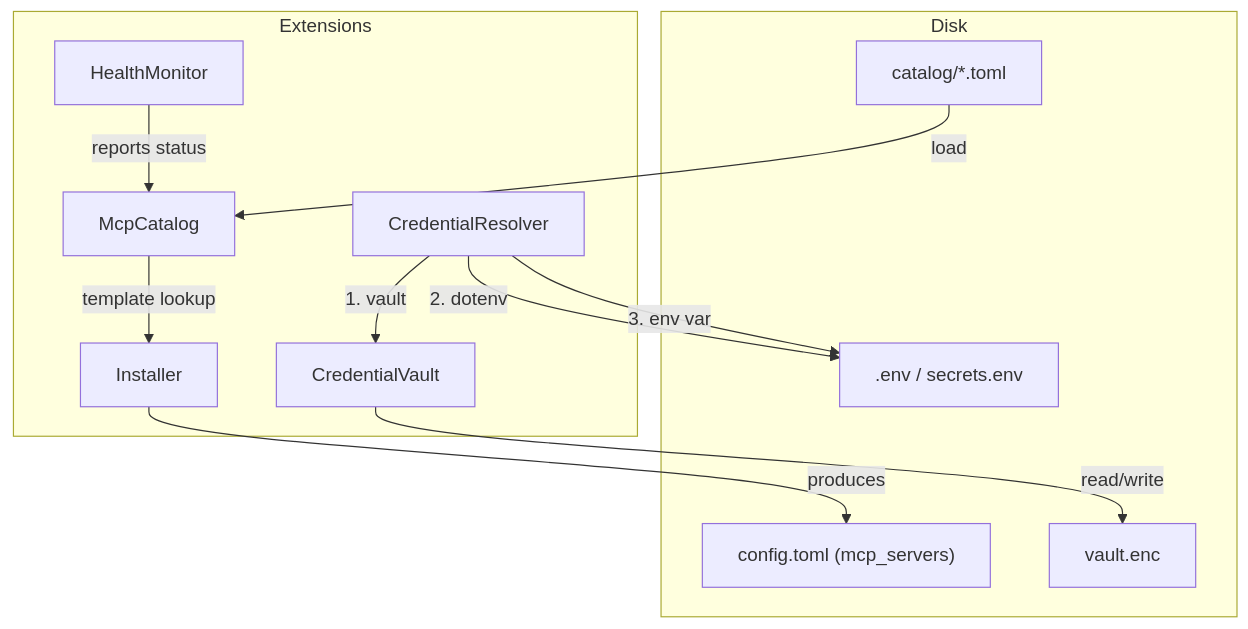
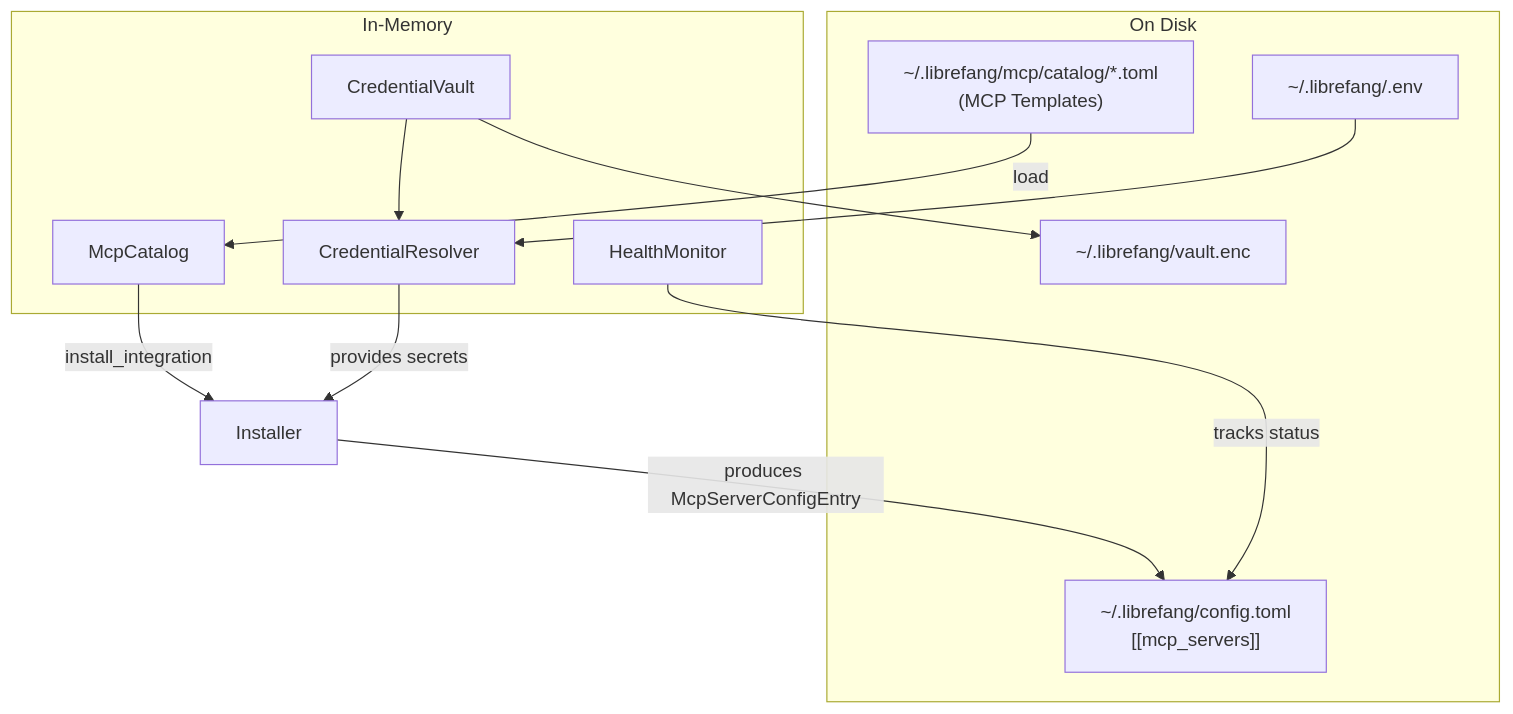
Before and after one commit to leszek3737/librefang-WIki: the diagram in extensions-system.md, drawn with Mermaid. The commit also changed other lines of this file and 93 other files, not shown here.

````diff
--- a/extensions-system.md
+++ b/extensions-system.md
@@ -21,26 +9,25 @@
 ```mermaid
 graph TD
-    subgraph "Disk"
-        CT["catalog/*.toml"]
-        CFG["config.toml (mcp_servers)"]
-        ENV[".env / secrets.env"]
-        VE["vault.enc"]
+    subgraph "On Disk"
+        CT["~/.librefang/mcp/catalog/*.toml<br/>(MCP Templates)"]
+        CFG["~/.librefang/config.toml<br/>[[mcp_servers]]"]
+        ENV["~/.librefang/.env"]
+        VAULT_FILE["~/.librefang/vault.enc"]
     end
 
-    subgraph "Extensions"
-        MC["McpCatalog"]
-        CR["CredentialResolver"]
-        CV["CredentialVault"]
-        HM["HealthMonitor"]
-        INST["Installer"]
+    subgraph "In-Memory"
+        Catalog["McpCatalog"]
+        Resolver["CredentialResolver"]
+        Vault["CredentialVault"]
+        Monitor["HealthMonitor"]
     end
 
-    CT -->|load| MC
-    MC -->|template lookup| INST
-    INST -->|produces| CFG
-    CR -->|1. vault| CV
-    CR -->|2. dotenv| ENV
-    CR -->|3. env var| ENV
-    CV -->|read/write| VE
-    HM -->|reports status| MC
+    CT -->|load| Catalog
+    Catalog -->|install_integration| Installer
+    Installer -->|produces McpServerConfigEntry| CFG
+    Vault --> VAULT_FILE
+    ENV --> Resolver
+    Vault --> Resolver
+    Resolver -->|provides secrets| Installer
+    Monitor -->|tracks status| CFG
 ```
````
